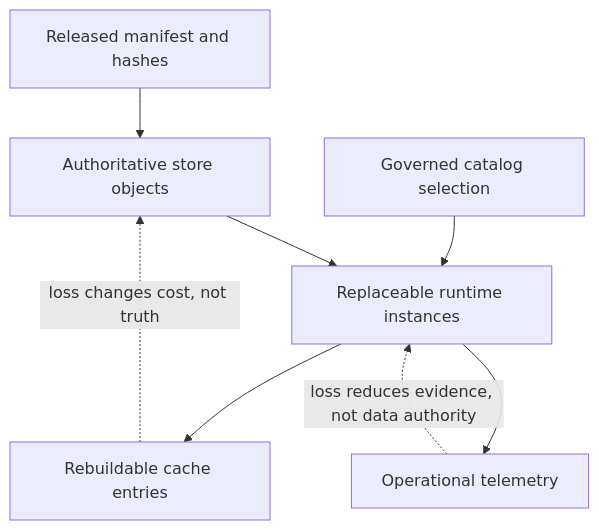
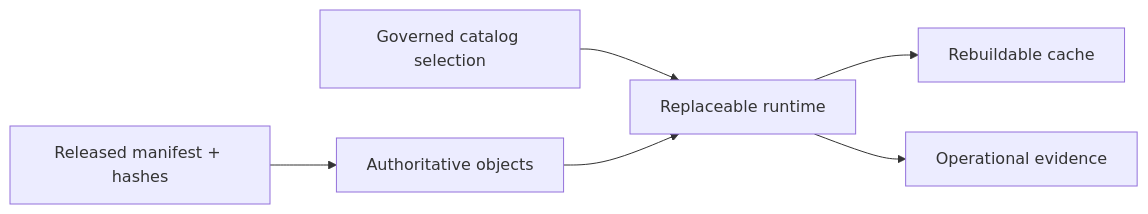
One commit to bijux/bijux-atlas changed the second of 2 diagrams in docs/bijux-atlas-ops/stack/index.md. Above: the diagram before and after it, drawn with Mermaid. The commit also changed other lines of this file and 1 other file, not shown here.

Commit message:
docs(operations): map topology and decision authority

````diff
--- a/docs/bijux-atlas-ops/stack/index.md
+++ b/docs/bijux-atlas-ops/stack/index.md
@@ -144,10 +75,8 @@
 ```mermaid
-flowchart TD
-    M["Released manifest and hashes"] --> S["Authoritative store objects"]
-    C["Governed catalog selection"] --> R["Replaceable runtime instances"]
-    S --> R
-    R --> K["Rebuildable cache entries"]
-    R --> T["Operational telemetry"]
-    K -. loss changes cost, not truth .-> S
-    T -. loss reduces evidence, not data authority .-> R
+flowchart LR
+    Manifest[Released manifest + hashes] --> Store[Authoritative objects]
+    Catalog[Governed catalog selection] --> Runtime[Replaceable runtime]
+    Store --> Runtime
+    Runtime --> Cache[Rebuildable cache]
+    Runtime --> Signals[Operational evidence]
 ```
````
